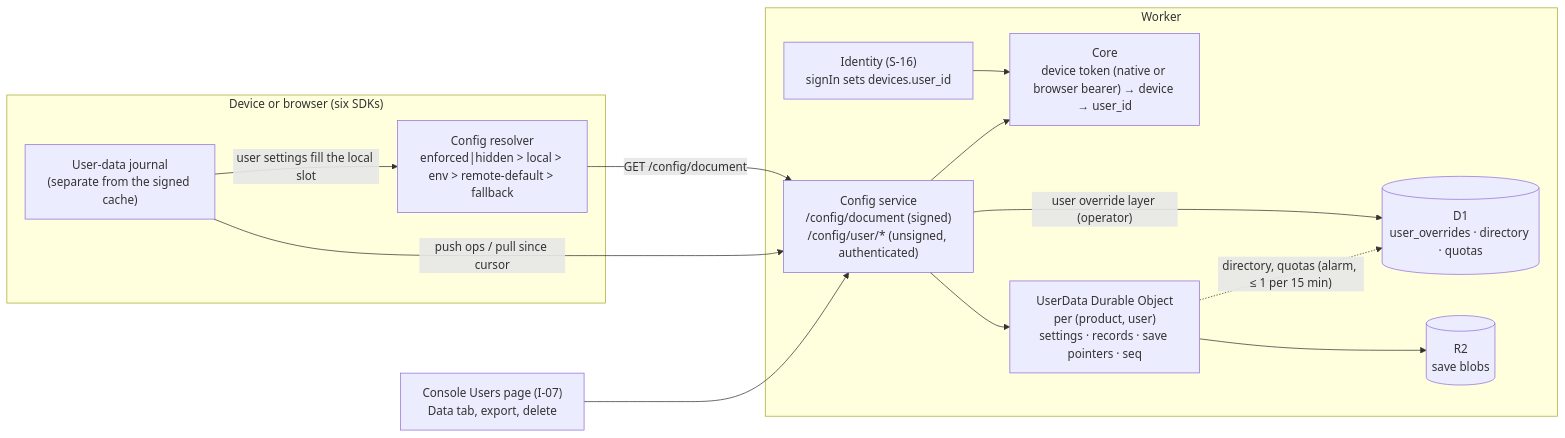
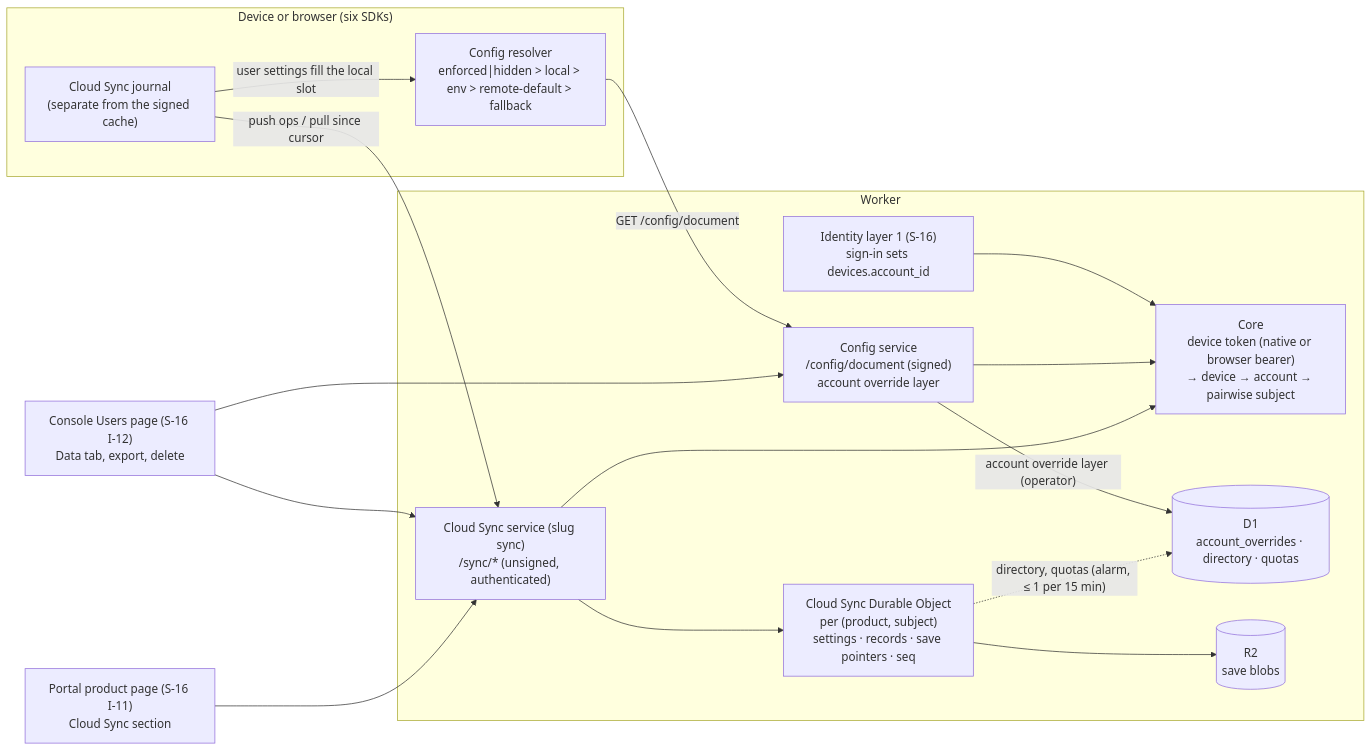
Before and after one commit to vladzaharia/polaris-key: the diagram in docs/research/2026-09-29-godot-omniplatform/notes/S-17-user-data-sync.md, drawn with Mermaid. The commit also changed other lines of this file, not shown here.

Commit message:
S-17: owner decisions and the one-account model

````diff
--- a/docs/research/2026-09-29-godot-omniplatform/notes/S-17-user-data-sync.md
+++ b/docs/research/2026-09-29-godot-omniplatform/notes/S-17-user-data-sync.md
@@ -135,25 +178,29 @@
 ```mermaid
 flowchart LR
   subgraph Device["Device or browser (six SDKs)"]
     R["Config resolver<br/>enforced|hidden > local > env > remote-default > fallback"]
-    J["User-data journal<br/>(separate from the signed cache)"]
+    J["Cloud Sync journal<br/>(separate from the signed cache)"]
     J -- "user settings fill the local slot" --> R
   end
   subgraph Worker["Worker"]
-    CORE["Core<br/>device token (native or browser bearer) → device → user_id"]
-    CFG["Config service<br/>/config/document (signed)<br/>/config/user/* (unsigned, authenticated)"]
-    UDO["UserData Durable Object<br/>per (product, user)<br/>settings · records · save pointers · seq"]
-    D1[("D1<br/>user_overrides · directory · quotas")]
+    CORE["Core<br/>device token (native or browser bearer)<br/>→ device → account → pairwise subject"]
+    CFG["Config service<br/>/config/document (signed)<br/>account override layer"]
+    SYNC["Cloud Sync service (slug sync)<br/>/sync/* (unsigned, authenticated)"]
+    UDO["Cloud Sync Durable Object<br/>per (product, subject)<br/>settings · records · save pointers · seq"]
+    D1[("D1<br/>account_overrides · directory · quotas")]
     R2[("R2<br/>save blobs")]
-    ID["Identity (S-16)<br/>signIn sets devices.user_id"]
+    ID["Identity layer 1 (S-16)<br/>sign-in sets devices.account_id"]
   end
   ID --> CORE
   R -- "GET /config/document" --> CFG
-  J -- "push ops / pull since cursor" --> CFG
+  J -- "push ops / pull since cursor" --> SYNC
   CFG --> CORE
-  CFG -- "user override layer (operator)" --> D1
-  CFG --> UDO
+  SYNC --> CORE
+  CFG -- "account override layer (operator)" --> D1
+  SYNC --> UDO
   UDO --> R2
   UDO -. "directory, quotas (alarm, ≤ 1 per 15 min)" .-> D1
-  CON["Console Users page (I-07)<br/>Data tab, export, delete"] --> CFG
+  CON["Console Users page (S-16 I-12)<br/>Data tab, export, delete"] --> SYNC
+  CON --> CFG
+  POR["Portal product page (S-16 I-11)<br/>Cloud Sync section"] --> SYNC
 ```
````
